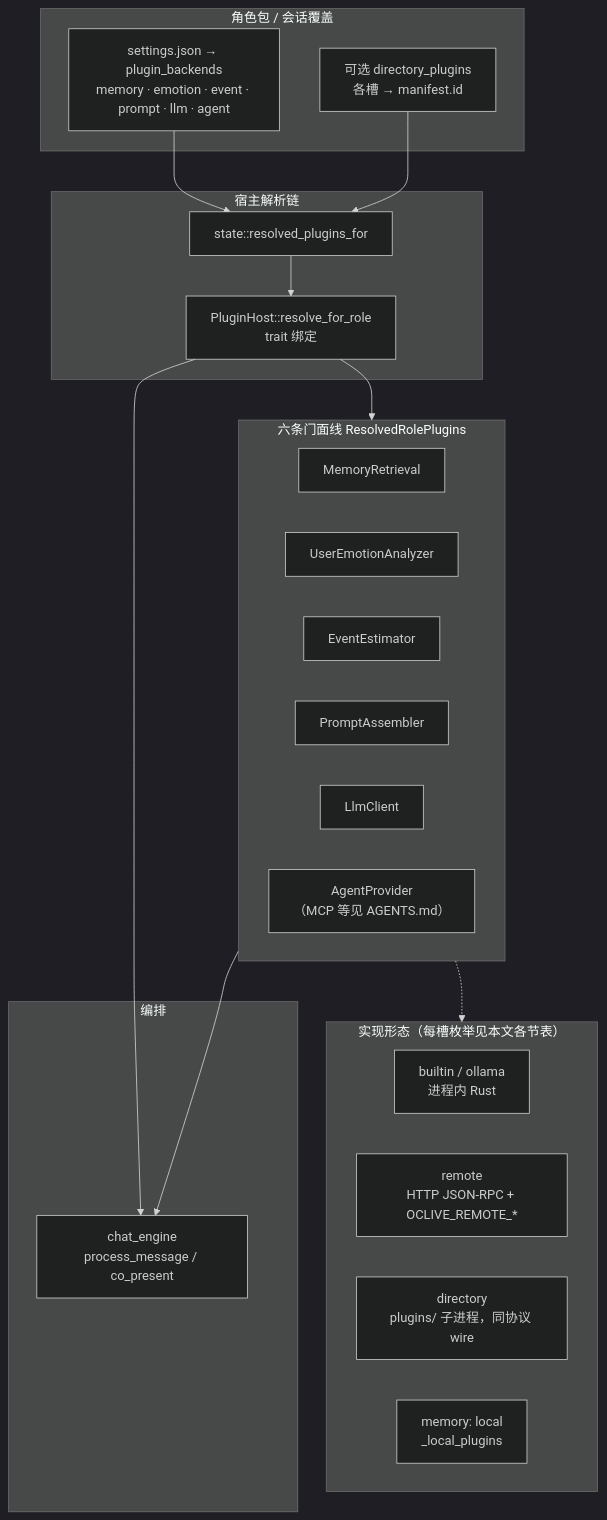
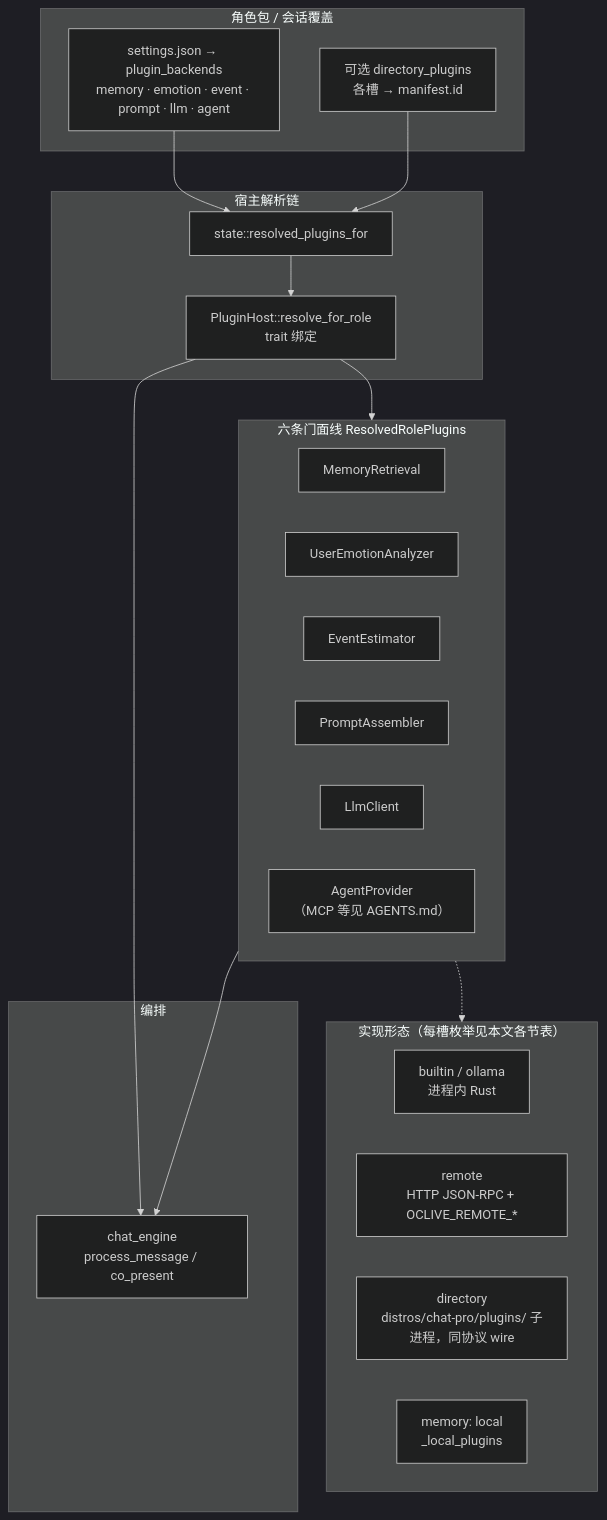
One commit to linkaiheng2233-cyber/oclivenewnew changed the diagram in creator-docs/plugin-and-architecture/PLUGIN_V1.md. Above: the diagram before and after it, drawn with Mermaid (dark theme). The commit also changed other lines of this file and 205 other files, not shown here.

````diff
--- a/creator-docs/plugin-and-architecture/PLUGIN_V1.md
+++ b/creator-docs/plugin-and-architecture/PLUGIN_V1.md
@@ -53,42 +53,42 @@
 ```mermaid
 flowchart TB
   subgraph pack["角色包 / 会话覆盖"]
     PB["settings.json → plugin_backends<br/>memory · emotion · event · prompt · llm · agent"]
     DP["可选 directory_plugins<br/>各槽 → manifest.id"]
   end
 
   subgraph resolve["宿主解析链"]
     RPF["state::resolved_plugins_for"]
     PH["PluginHost::resolve_for_role<br/>trait 绑定"]
   end
 
   subgraph orch["编排"]
     CE["chat_engine<br/>process_message / co_present"]
   end
 
   PB --> RPF
   DP --> RPF
   RPF --> PH
   PH --> CE
 
   subgraph slots["六条门面线 ResolvedRolePlugins"]
     M["MemoryRetrieval"]
     EM["UserEmotionAnalyzer"]
     EV["EventEstimator"]
     PR["PromptAssembler"]
     LL["LlmClient"]
     AG["AgentProvider<br/>（MCP 等见 AGENTS.md）"]
   end
 
   PH --> slots
   slots --> CE
 
   subgraph shapes["实现形态（每槽枚举见本文各节表）"]
     BIN["builtin / ollama<br/>进程内 Rust"]
     REM["remote<br/>HTTP JSON-RPC + OCLIVE_REMOTE_*"]
-    DIR["directory<br/>plugins/ 子进程，同协议 wire"]
+    DIR["directory<br/>distros/chat-pro/plugins/ 子进程，同协议 wire"]
     LOC["memory: local<br/>_local_plugins"]
   end
 
   slots -.-> shapes
 ```
````
